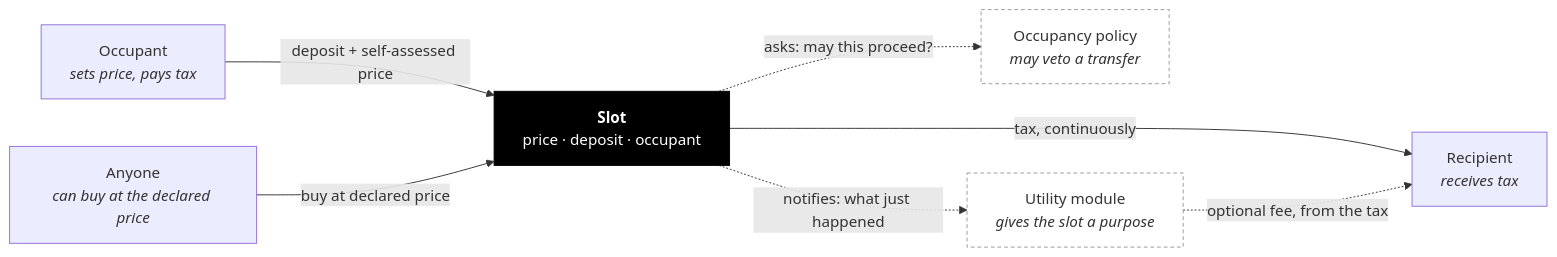
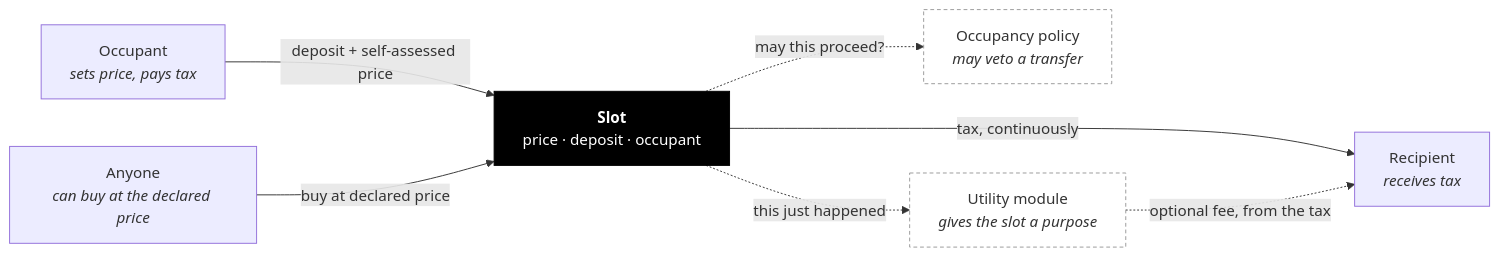
Before and after one commit to adcommune/0xSlots: the first of 2 diagrams in apps/docs/docs/pages/concepts/slots.mdx, drawn with Mermaid. The commit also changed other lines of this file and 4 other files, not shown here.

````diff
--- a/apps/docs/docs/pages/concepts/slots.mdx
+++ b/apps/docs/docs/pages/concepts/slots.mdx
@@ -30,21 +18,21 @@
 ```mermaid
 flowchart LR
     Occupant["Occupant<br/><i>sets price, pays tax</i>"]
     Slot["<b>Slot</b><br/>price · deposit · occupant"]
     Recipient["Recipient<br/><i>receives tax</i>"]
     Policy["Occupancy policy<br/><i>may veto a transfer</i>"]
     Module["Utility module<br/><i>gives the slot a purpose</i>"]
     Buyer["Anyone<br/><i>can buy at the declared price</i>"]
 
     Occupant -->|"deposit + self-assessed price"| Slot
     Buyer -->|"buy at declared price"| Slot
     Slot -->|"tax, continuously"| Recipient
-    Slot -.->|"asks: may this proceed?"| Policy
-    Slot -.->|"notifies: what just happened"| Module
+    Slot -.->|"may this proceed?"| Policy
+    Slot -.->|"this just happened"| Module
     Module -.->|"optional fee, from the tax"| Recipient
 
     classDef core fill:#000,stroke:#000,color:#fff
     classDef opt fill:#fff,stroke:#999,stroke-dasharray:4 3,color:#333
     class Slot core
     class Policy,Module opt
 ```
````
